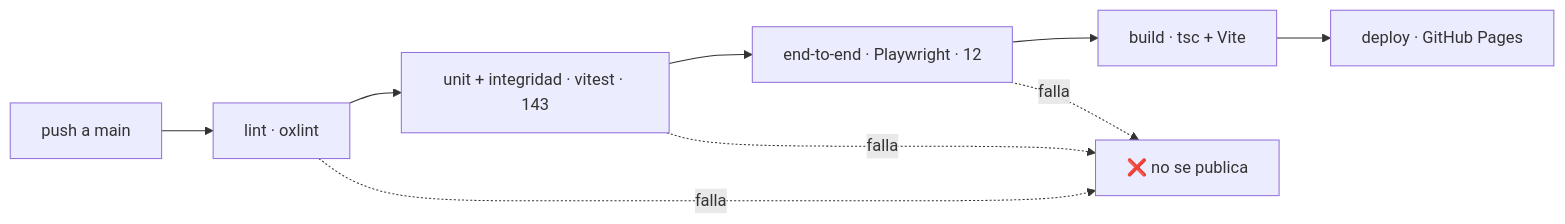
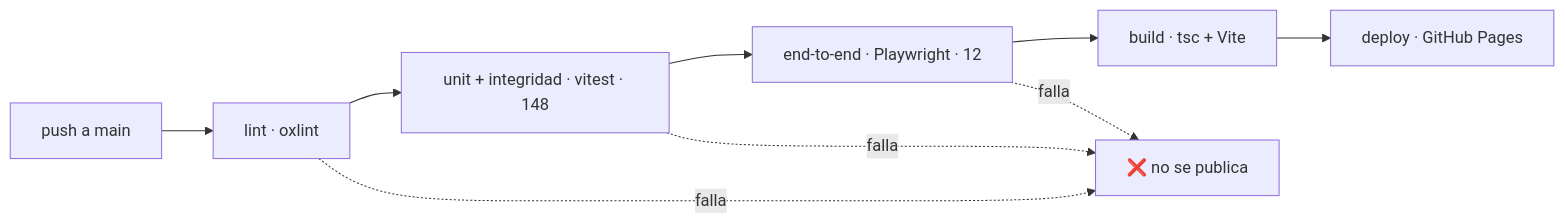
One commit to luzzaragoza/cuanto-me-falta changed the diagram in docs/06-calidad.md. Above: the diagram before and after it, drawn with Mermaid. The commit also changed other lines of this file and 4 other files, not shown here.

````diff
--- a/docs/06-calidad.md
+++ b/docs/06-calidad.md
@@ -66,12 +67,12 @@
 ```mermaid
 %% svg:pipeline
 flowchart LR
     P["push a main"] --> L["lint · oxlint"]
-    L --> U["unit + integridad · vitest · 143"]
+    L --> U["unit + integridad · vitest · 148"]
     U --> E["end-to-end · Playwright · 12"]
     E --> B["build · tsc + Vite"]
     B --> D["deploy · GitHub Pages"]
     L -. falla .-> X["❌ no se publica"]
     U -. falla .-> X
     E -. falla .-> X
 ```
````
